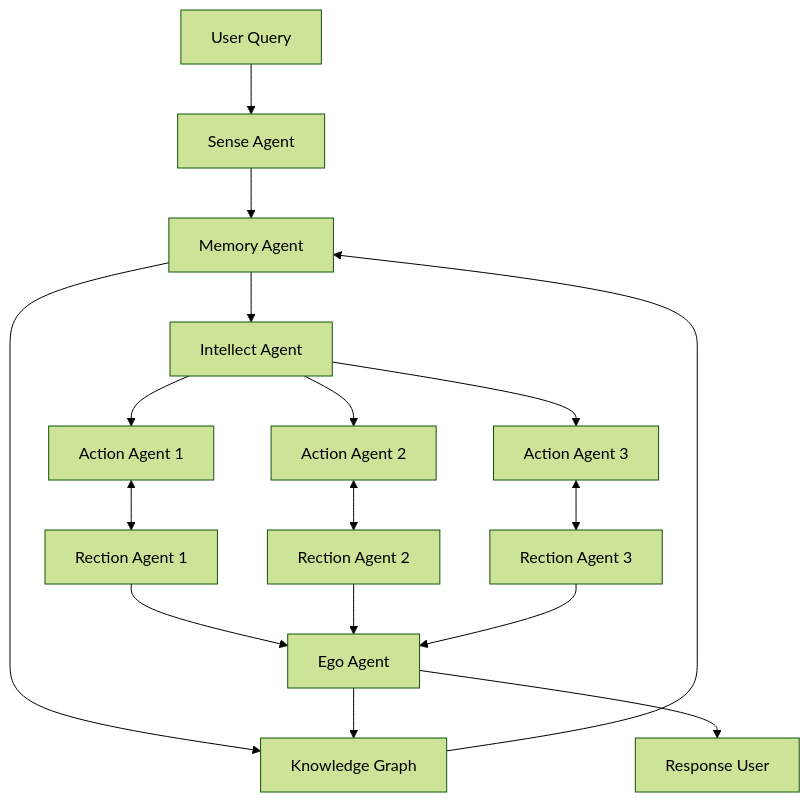
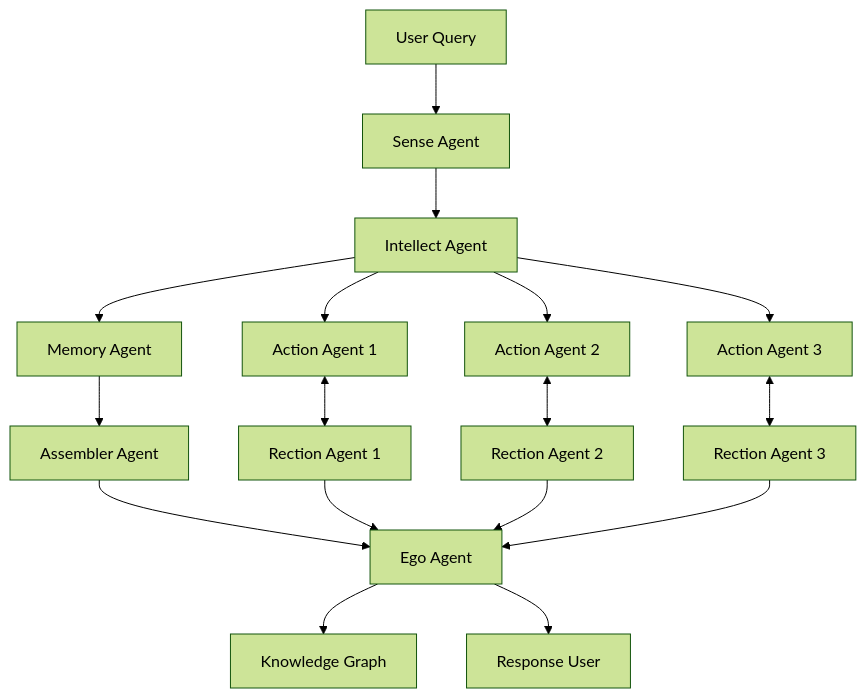
The diagram in README.md (Mindverse-Computing/algoverse), drawn with Mermaid (forest theme) before and after one commit.

````diff
--- a/README.md
+++ b/README.md
@@ -78,19 +78,19 @@
 ```mermaid
 graph TD
   A[User Query] --> S[Sense Agent]
-  S --> M[Memory Agent]
-  M --> I[Intellect Agent]
-  M --> G[Knowledge Graph]
-  G --> M[Memory Agent]
+  S --> I[Intellect Agent]
+  I --> M[Memory Agent]
+  M --> AA[Assembler Agent]
+  AA --> E[Ego Agent]
   I --> A1[Action Agent 1]
   I --> A2[Action Agent 2]
   I --> A3[Action Agent 3]
   A1 <--> R1[Rection Agent 1]
   A2 <--> R2[Rection Agent 2]
   A3 <--> R3[Rection Agent 3]
   R1 --> E[Ego Agent]
   R2 --> E[Ego Agent]
   R3 --> E[Ego Agent]
   E --> G[Knowledge Graph]
   E --> U[Response User]
 ```
````
